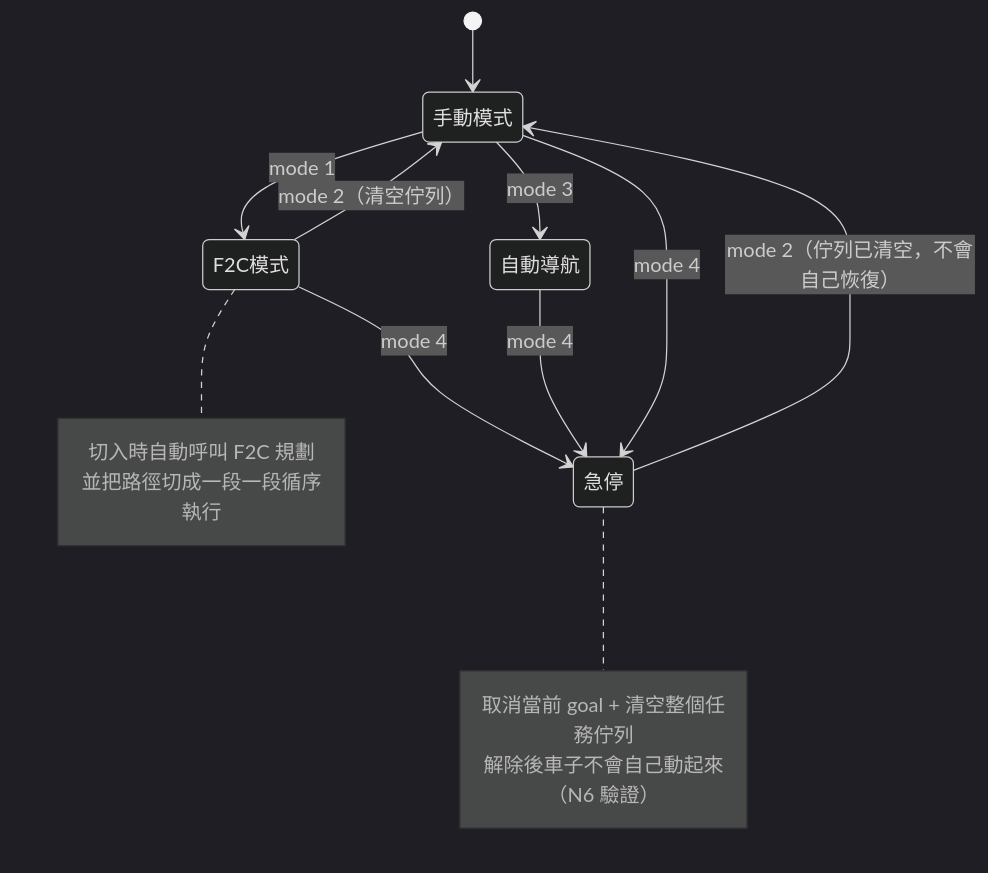
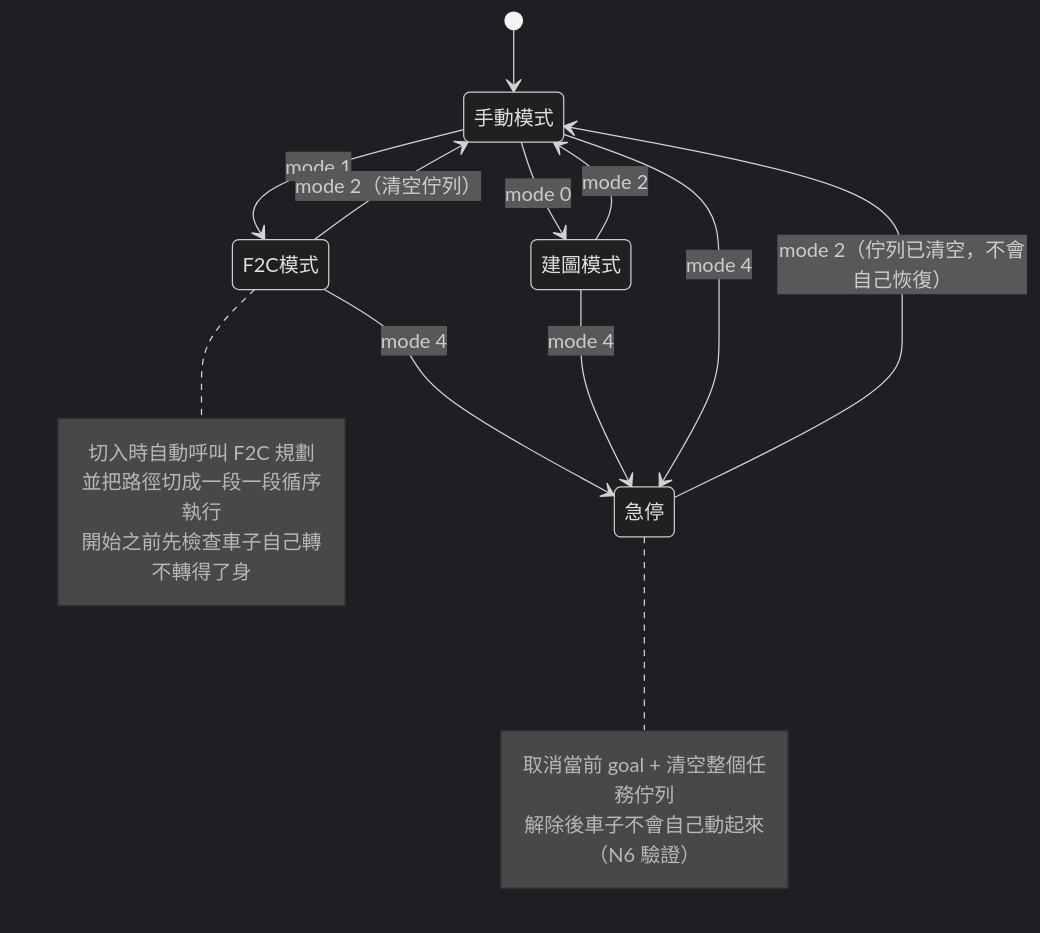
Before and after one commit to a04151997/mowerbot: the third of 7 diagrams in docs/architecture.md, drawn with Mermaid (dark theme). The commit also changed other lines of this file and 5 other files, not shown here.

First line of the commit message:
階段23 移除 mode 3（自動導航）的使用者入口，並寫清楚避障能力的三層邊界

````diff
--- a/docs/architecture.md
+++ b/docs/architecture.md
@@ -104,21 +104,23 @@
 ```mermaid
 stateDiagram-v2
     [*] --> 手動模式
+    手動模式 --> 建圖模式: mode 0
+    建圖模式 --> 手動模式: mode 2
     手動模式 --> F2C模式: mode 1
-    手動模式 --> 自動導航: mode 3
     F2C模式 --> 手動模式: mode 2（清空佇列）
     F2C模式 --> 急停: mode 4
-    自動導航 --> 急停: mode 4
+    建圖模式 --> 急停: mode 4
     手動模式 --> 急停: mode 4
     急停 --> 手動模式: mode 2（佇列已清空，不會自己恢復）
 
     note right of F2C模式
         切入時自動呼叫 F2C 規劃
         並把路徑切成一段一段循序執行
+        開始之前先檢查車子自己轉不轉得了身
     end note
 
     note right of 急停
         取消當前 goal + 清空整個任務佇列
         解除後車子不會自己動起來（N6 驗證）
     end note
 ```
````
